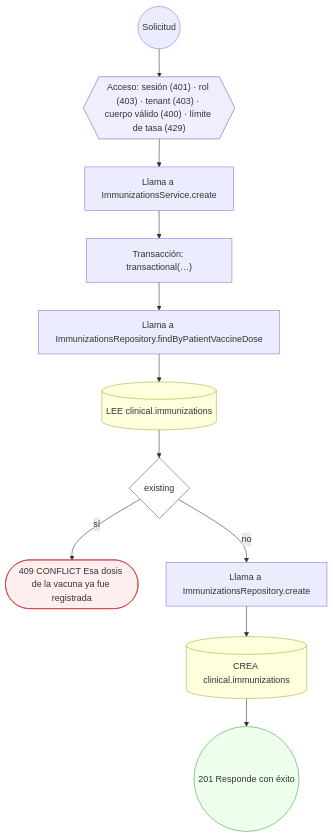
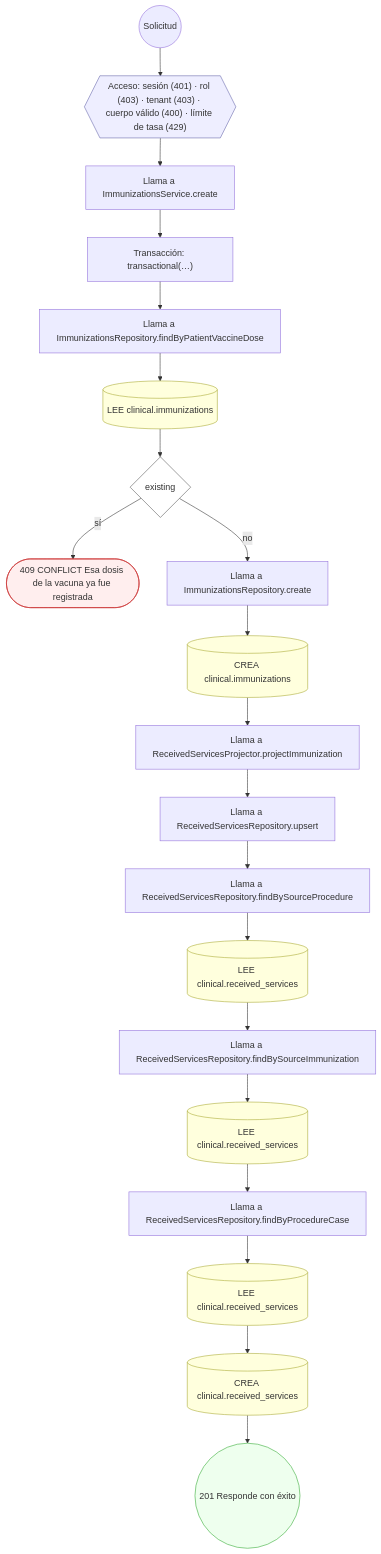
Before and after one commit to mdavila-2001/mantra-core-health-api: diagram 18 of 40 in docs/inventario/flujos/clinical.md, drawn with Mermaid. The commit also changed other lines of this file and 438 other files, not shown here.

````diff
--- a/docs/inventario/flujos/clinical.md
+++ b/docs/inventario/flujos/clinical.md
@@ -1869,30 +1929,48 @@
 ```mermaid
 flowchart TD
   n1(("Solicitud")):::inicio
   n2{{"Acceso: sesión (401) · rol (403) · tenant (403) · cuerpo válido (400) · límite de tasa (429)"}}:::acceso
   n1 --> n2
   n3["Llama a ImmunizationsService.create"]:::llamada
   n2 --> n3
   n4["Transacción: transactional(…)"]:::transaccion
   n3 --> n4
   n5["Llama a ImmunizationsRepository.findByPatientVaccineDose"]:::llamada
   n4 --> n5
   n6[("LEE clinical.immunizations")]:::efecto
   n5 --> n6
   n7{"existing"}:::decision
   n6 --> n7
   n8(["409 CONFLICT Esa dosis de la vacuna ya fue registrada"]):::error
   n7 -->|"sí"| n8
   n9["Llama a ImmunizationsRepository.create"]:::llamada
   n7 -->|"no"| n9
   n10[("CREA clinical.immunizations")]:::efecto
   n9 --> n10
-  n11(("201 Responde con éxito")):::ok
+  n11["Llama a ReceivedServicesProjector.projectImmunization"]:::llamada
   n10 --> n11
+  n12["Llama a ReceivedServicesRepository.upsert"]:::llamada
+  n11 --> n12
+  n13["Llama a ReceivedServicesRepository.findBySourceProcedure"]:::llamada
+  n12 --> n13
+  n14[("LEE clinical.received_services")]:::efecto
+  n13 --> n14
+  n15["Llama a ReceivedServicesRepository.findBySourceImmunization"]:::llamada
+  n14 --> n15
+  n16[("LEE clinical.received_services")]:::efecto
+  n15 --> n16
+  n17["Llama a ReceivedServicesRepository.findByProcedureCase"]:::llamada
+  n16 --> n17
+  n18[("LEE clinical.received_services")]:::efecto
+  n17 --> n18
+  n19[("CREA clinical.received_services")]:::efecto
+  n18 --> n19
+  n20(("201 Responde con éxito")):::ok
+  n19 --> n20
   classDef acceso fill:#eef,stroke:#66a
   classDef error fill:#fee,stroke:#c33
   classDef ok fill:#efe,stroke:#3a3
   classDef efecto fill:#ffd,stroke:#aa3
   classDef decision fill:#fff,stroke:#555
   classDef corte fill:#eee,stroke:#999,stroke-dasharray: 4
 ```
````
